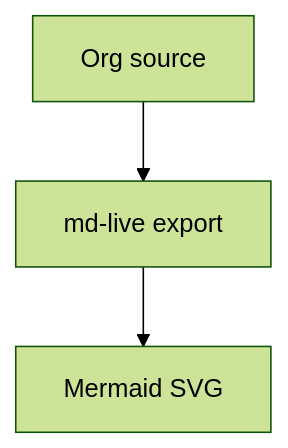
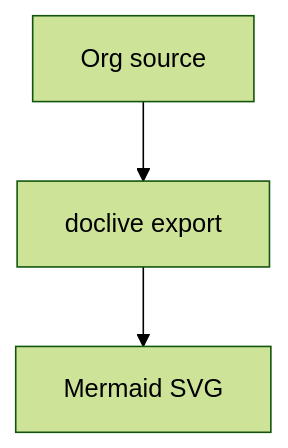
The diagram in example/sample.org (takeokunn/doclive), drawn with Mermaid (forest theme) before and after one commit. The commit also changed other lines of this file and 16 other files, not shown here.

```diff
--- a/example/sample.org
+++ b/example/sample.org
@@ -13,5 +13,5 @@
 #+begin_src mermaid
 graph TD;
-  A[Org source] --> B[md-live export]
+  A[Org source] --> B[doclive export]
   B --> C[Mermaid SVG]
 #+end_src
```
